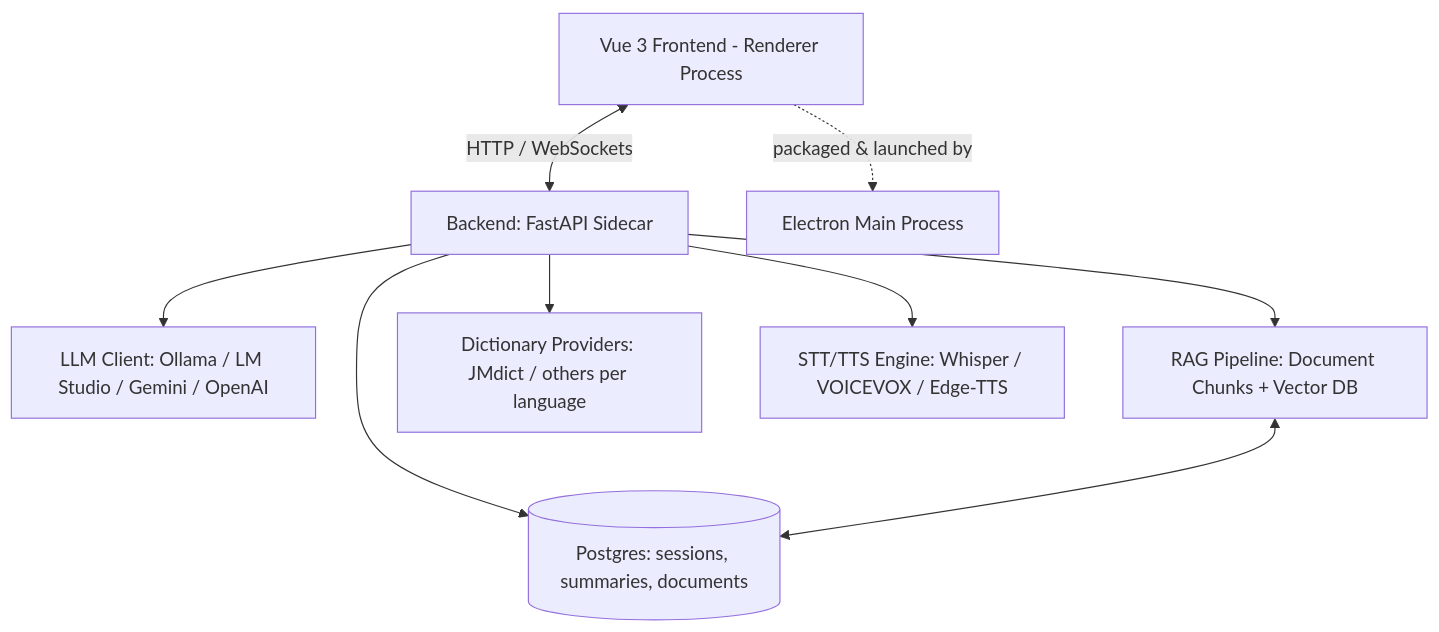
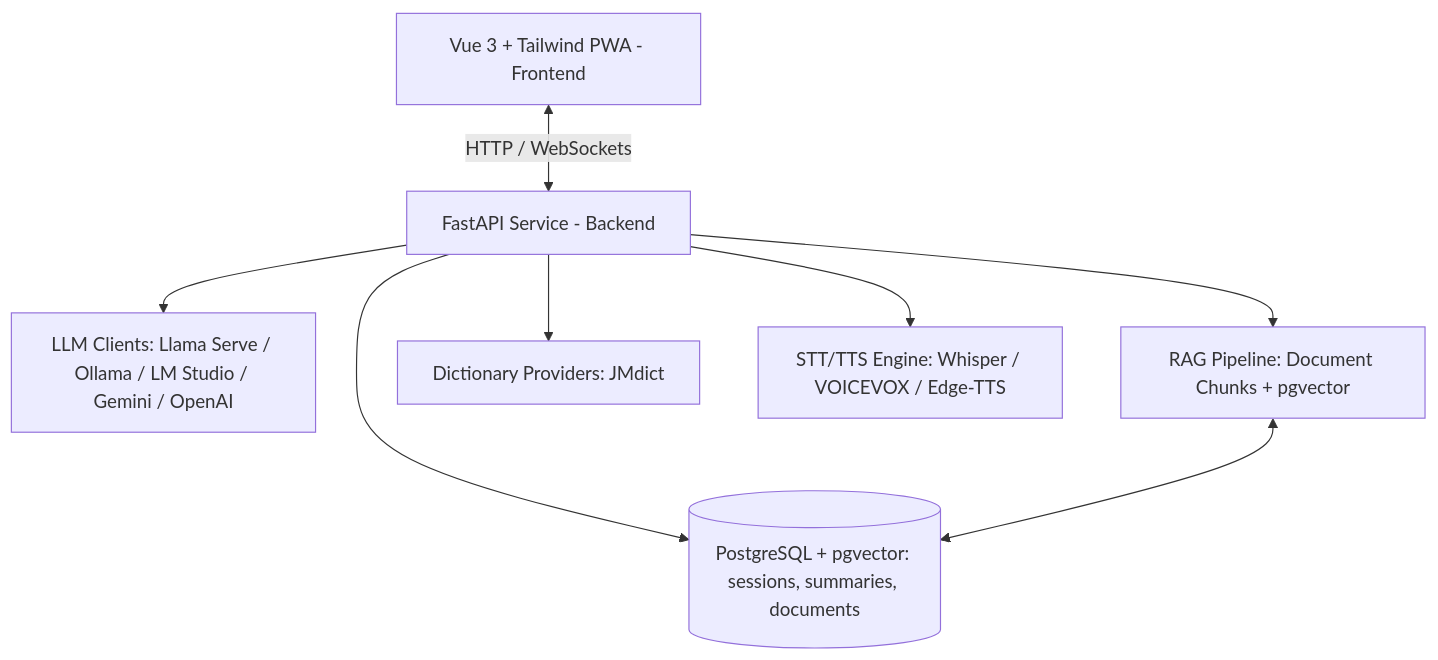
Before and after one commit to god-serena/nihongo-sensei: the diagram in README.md, drawn with Mermaid. The commit also changed other lines of this file and 10 other files, not shown here.

````diff
--- a/README.md
+++ b/README.md
@@ -7,11 +9,10 @@
 ```mermaid
 graph TD
-    A[Vue 3 Frontend - Renderer Process] <-->|HTTP / WebSockets| B[Backend: FastAPI Sidecar]
-    A -.->|packaged & launched by| T[Electron Main Process]
-    B --> C[LLM Client: Ollama / LM Studio / Gemini / OpenAI]
-    B --> D[RAG Pipeline: Document Chunks + Vector DB]
-    B --> G[Dictionary Providers: JMdict / others per language]
+    A[Vue 3 + Tailwind PWA - Frontend] <-->|HTTP / WebSockets| B[FastAPI Service - Backend]
+    B --> C[LLM Clients: Llama Serve / Ollama / LM Studio / Gemini / OpenAI]
+    B --> D[RAG Pipeline: Document Chunks + pgvector]
+    B --> G[Dictionary Providers: JMdict]
     B --> E[STT/TTS Engine: Whisper / VOICEVOX / Edge-TTS]
-    B --> H[(Postgres: sessions, summaries, documents)]
+    B --> H[(PostgreSQL + pgvector: sessions, summaries, documents)]
     D <--> H
 ```
````
